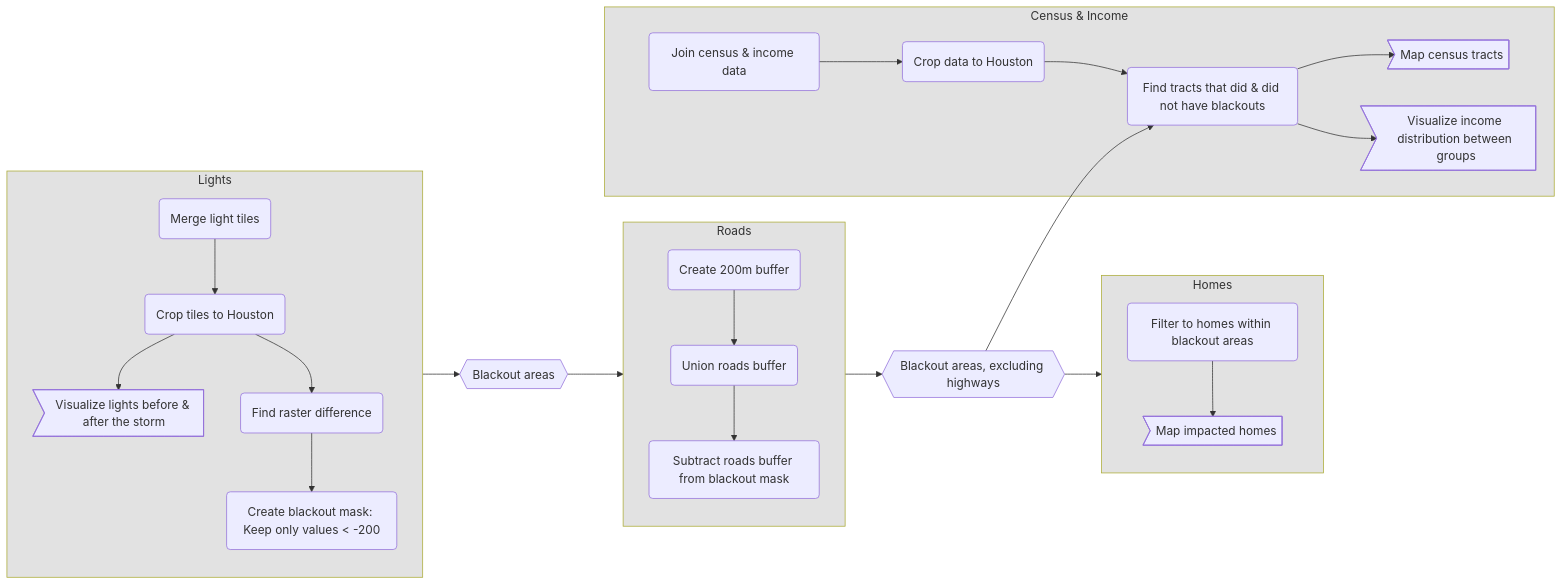
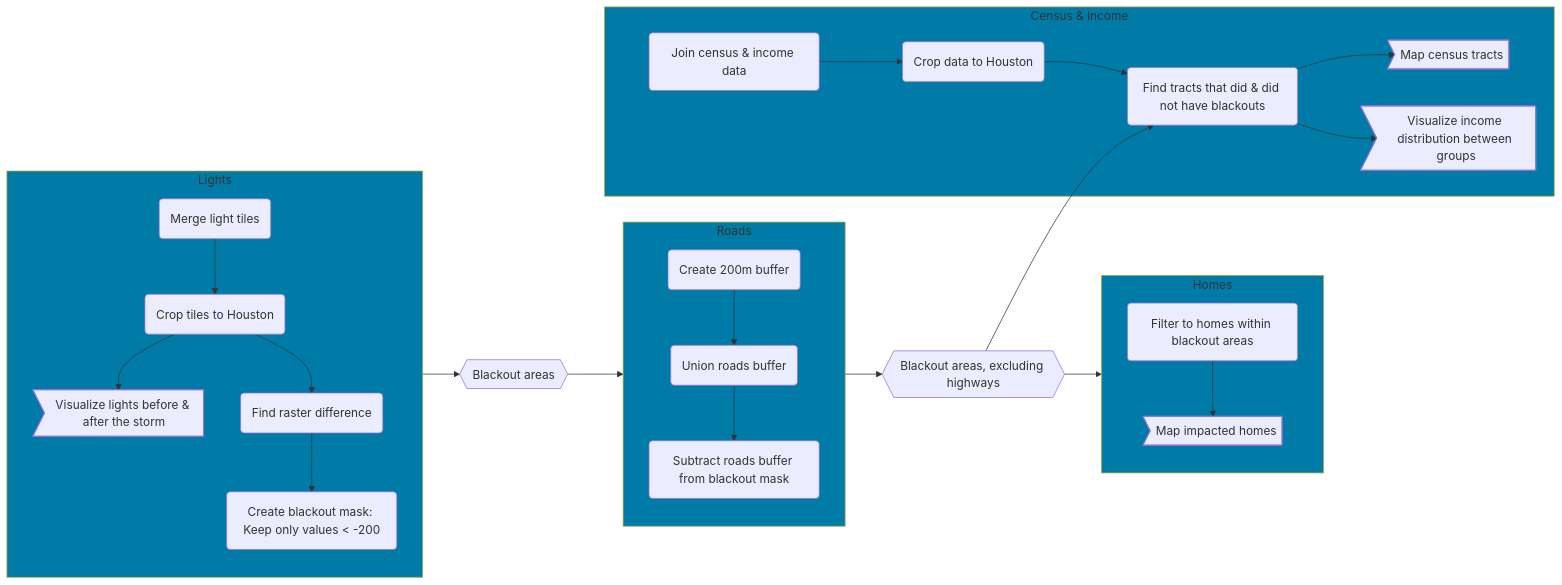
The diagram in 3_texas_blackouts/README.md (zachyyy700/eds223-hw), drawn with Mermaid before and after one commit.

Commit message:
Update subgraph color to cerulean

````diff
--- a/3_texas_blackouts/README.md
+++ b/3_texas_blackouts/README.md
@@ -22,39 +22,39 @@
 ``` mermaid
 flowchart LR
   subgraph census-id[Census & Income]
   d1(Join census & income data) --> d2(Crop data to Houston)
   d2 --> d3(Find tracts that did & did not have blackouts)
   d3 --> d4>Map census tracts]
   d3 --> d5>Visualize income distribution between groups]
   end
   
-  style census-id fill:#e2e2e2
+  style census-id fill:#007ba7
   
   subgraph homes-id[Homes]
   c1(Filter to homes within blackout areas) --> c2>Map impacted homes]
   end
   
-  style homes-id fill:#e2e2e2
+  style homes-id fill:#007ba7
 
   subgraph roads-id[Roads]
   b1(Create 200m buffer) --> b2(Union roads buffer)
   b2 --> b3(Subtract roads buffer from blackout mask)
   end
   
-  style roads-id fill:#e2e2e2
+  style roads-id fill:#007ba7
   
   subgraph lights-id[Lights]
   a1(Merge light tiles) --> a2(Crop tiles to Houston)
   a2 --> a3>Visualize lights before & after the storm]
   a2 --> a4(Find raster difference)
   a4 --> a5(Create blackout mask: Keep only values < -200)
   end
   
   lights-id --> a6{{Blackout areas}}
   a6 --> roads-id
   roads-id --> a7{{Blackout areas, excluding highways}}
   a7 --> homes-id
   a7 --> d3
   
-  style lights-id fill:#e2e2e2
+  style lights-id fill:#007ba7
 ```
````
